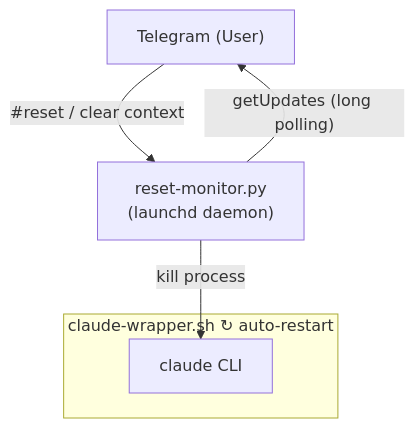
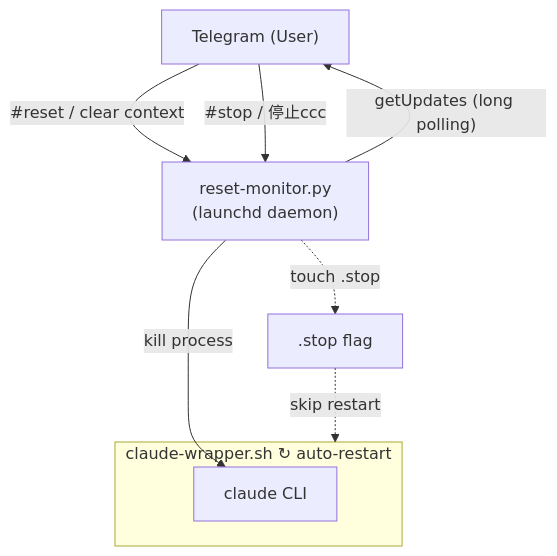
Before and after one commit to robin-li/claude-tg-reset: the diagram in README.md, drawn with Mermaid. The commit also changed 2 other files, not shown here.

Commit message:
docs: add stop command flow to architecture diagram

````diff
--- a/README.md
+++ b/README.md
@@ -21,14 +21,18 @@
 ```mermaid
 flowchart TB
     A["Telegram (User)"]
     B["reset-monitor.py\n(launchd daemon)"]
 
     A -- "#reset / clear context" --> B
+    A -- "#stop / 停止ccc" --> B
     B -- "getUpdates (long polling)" --> A
 
     B -- "kill process" --> C
+    B -. "touch .stop" .-> S[".stop flag"]
 
     subgraph wrapper ["claude-wrapper.sh  ↻ auto-restart"]
         C["claude CLI"]
     end
+
+    S -. "skip restart" .-> wrapper
 ```
````
